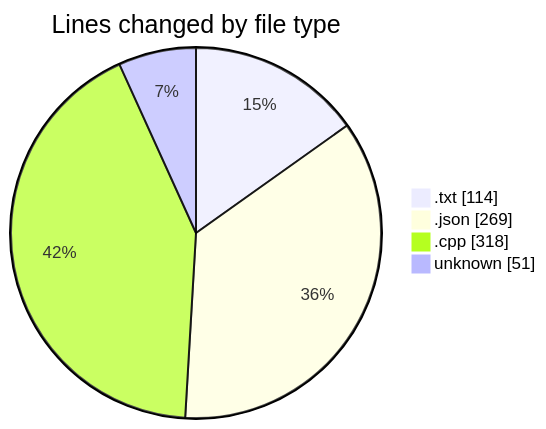
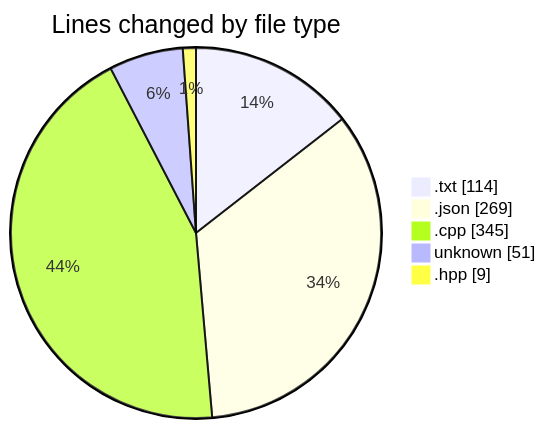
Before and after one commit to Netris89/code-tracking: the first of 2 diagrams in 2025-04-07/echo/README.md, drawn with Mermaid. The commit also changed other lines of this file and 1 other file, not shown here.

````diff
--- a/2025-04-07/echo/README.md
+++ b/2025-04-07/echo/README.md
@@ -24,8 +25,9 @@
 ```mermaid
 pie showData
 title Lines changed by file type
 ".txt" : 114
 ".json" : 269
-".cpp" : 318
+".cpp" : 345
 "unknown" : 51
+".hpp" : 9
 ```
````
